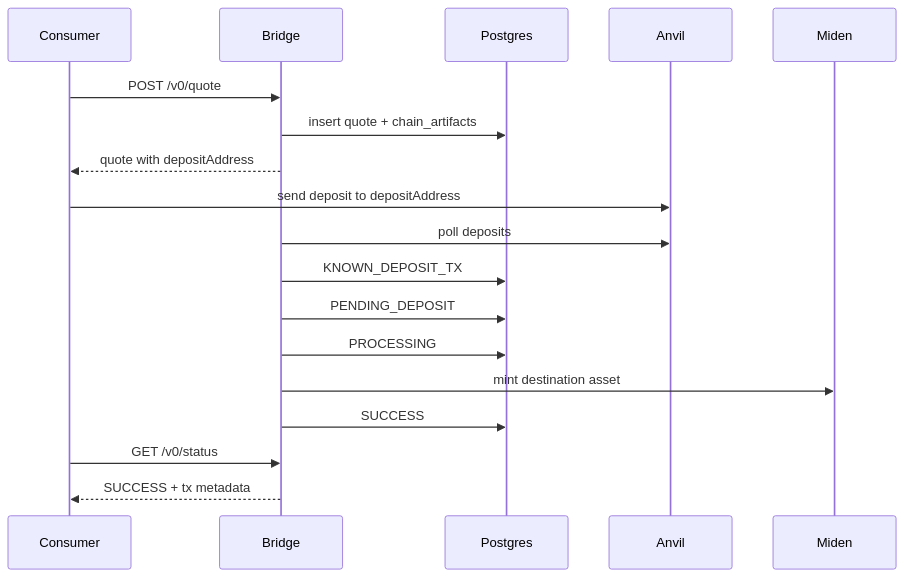
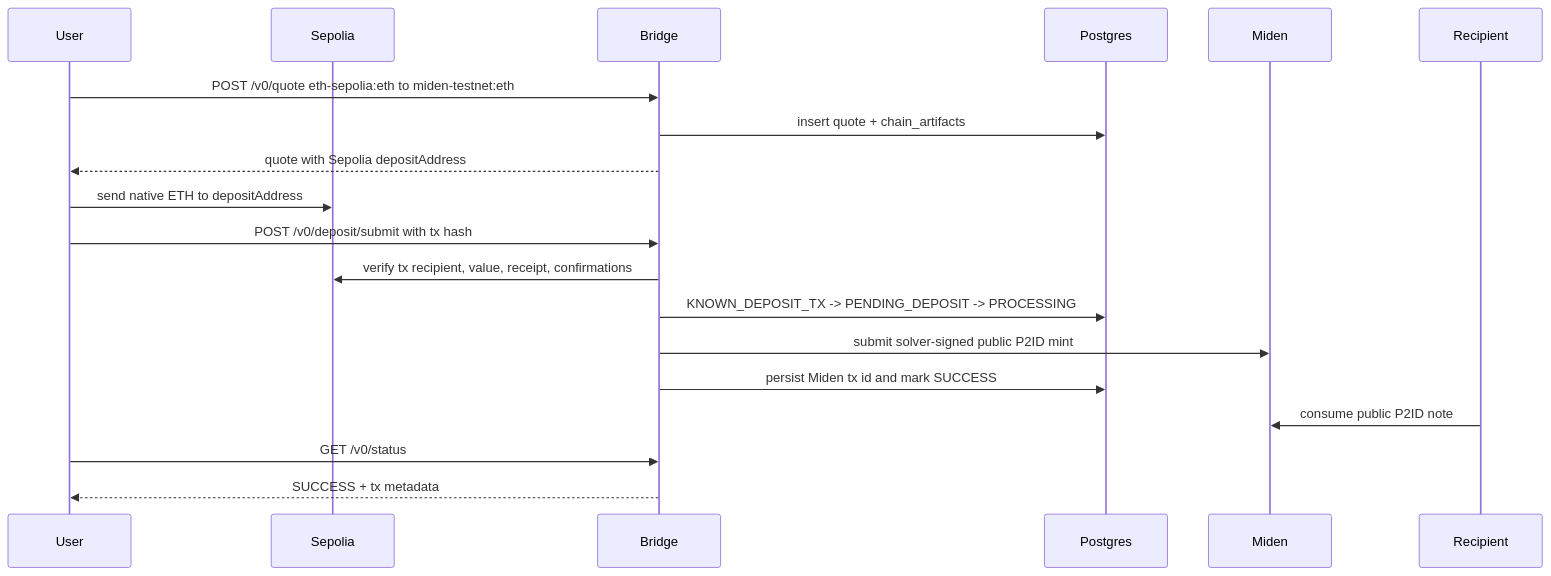
Before and after one commit to BrianSeong99/miden-testnet-bridge: the second of 3 diagrams in docs/architecture.md, drawn with Mermaid. The commit also changed other lines of this file and 11 other files, not shown here.

````diff
--- a/docs/architecture.md
+++ b/docs/architecture.md
@@ -5,21 +55,22 @@
 ```mermaid
 sequenceDiagram
-    participant Consumer
+    participant User
+    participant Sepolia
     participant Bridge
     participant Postgres
-    participant Anvil
     participant Miden
+    participant Recipient
 
-    Consumer->>Bridge: POST /v0/quote
+    User->>Bridge: POST /v0/quote eth-sepolia:eth to miden-testnet:eth
     Bridge->>Postgres: insert quote + chain_artifacts
-    Bridge-->>Consumer: quote with depositAddress
-    Consumer->>Anvil: send deposit to depositAddress
-    Bridge->>Anvil: poll deposits
-    Bridge->>Postgres: KNOWN_DEPOSIT_TX
-    Bridge->>Postgres: PENDING_DEPOSIT
-    Bridge->>Postgres: PROCESSING
-    Bridge->>Miden: mint destination asset
-    Bridge->>Postgres: SUCCESS
-    Consumer->>Bridge: GET /v0/status
-    Bridge-->>Consumer: SUCCESS + tx metadata
+    Bridge-->>User: quote with Sepolia depositAddress
+    User->>Sepolia: send native ETH to depositAddress
+    User->>Bridge: POST /v0/deposit/submit with tx hash
+    Bridge->>Sepolia: verify tx recipient, value, receipt, confirmations
+    Bridge->>Postgres: KNOWN_DEPOSIT_TX -> PENDING_DEPOSIT -> PROCESSING
+    Bridge->>Miden: submit solver-signed public P2ID mint
+    Bridge->>Postgres: persist Miden tx id and mark SUCCESS
+    Recipient->>Miden: consume public P2ID note
+    User->>Bridge: GET /v0/status
+    Bridge-->>User: SUCCESS + tx metadata
 ```
````
